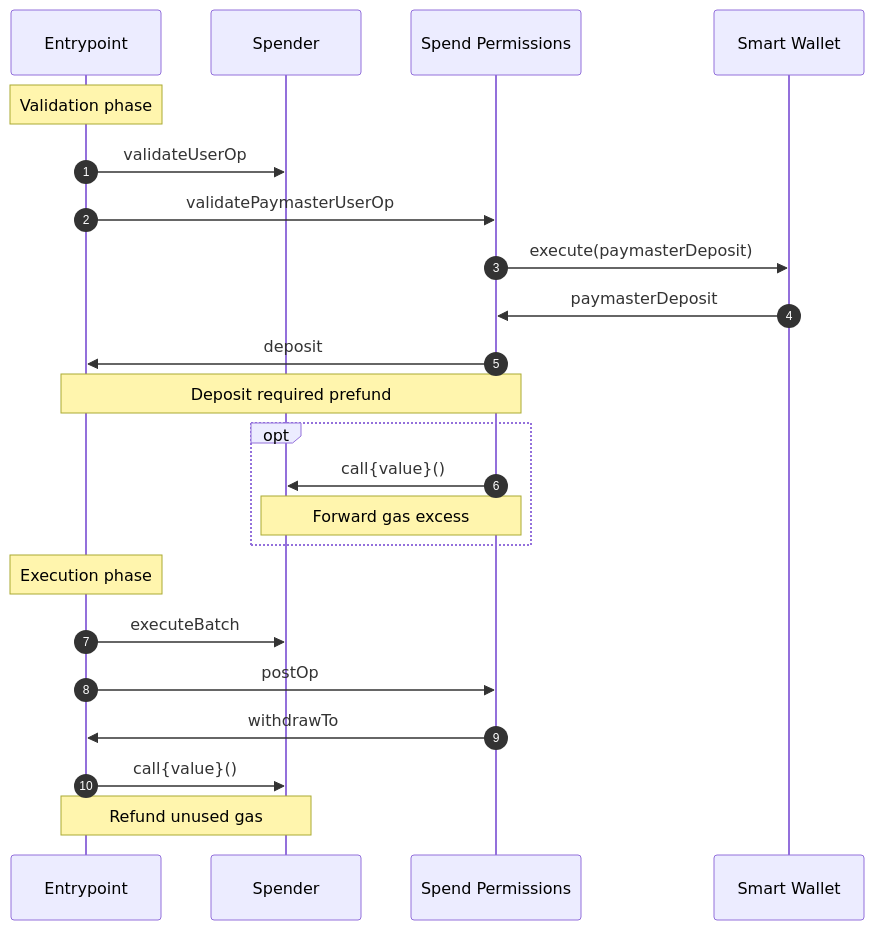
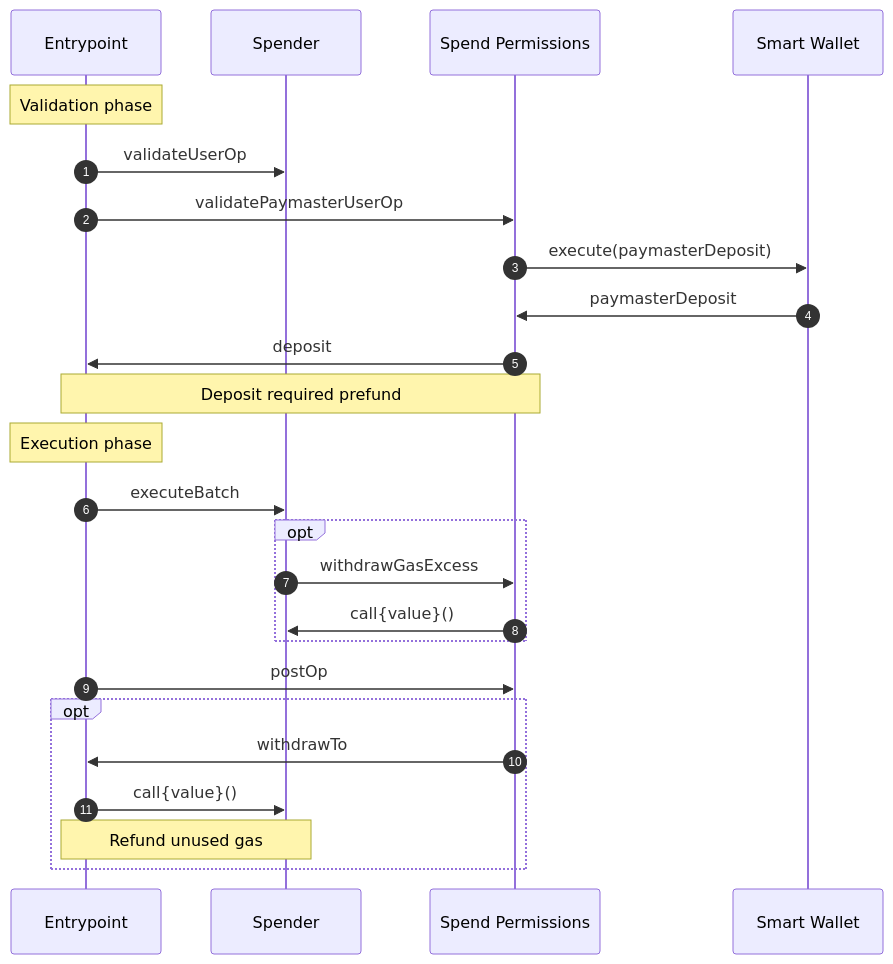
One commit to coinbase/smart-wallet-permissions changed the diagram in docs/diagrams/onchain/paymaster.md. Above: the diagram before and after it, drawn with Mermaid.

Commit message:
Update paymaster diagram

````diff
--- a/docs/diagrams/onchain/paymaster.md
+++ b/docs/diagrams/onchain/paymaster.md
@@ -5,26 +5,28 @@
 ```mermaid
 sequenceDiagram
     autonumber
     participant E as Entrypoint
     participant S as Spender
     participant SP as Spend Permissions
     participant U as Smart Wallet
 
     Note over E: Validation phase
     E->>S: validateUserOp
     E->>SP: validatePaymasterUserOp
     SP->>U: execute(paymasterDeposit)
     U->>SP: paymasterDeposit
     SP->>E: deposit
     Note over SP,E: Deposit required prefund
-    opt
-        SP->>S: call{value}()
-        Note over SP,S: Forward gas excess
-    end
     Note over E: Execution phase
     E->>S: executeBatch
+    opt
+        S->>SP: withdrawGasExcess
+        SP->>S: call{value}()
+    end
     E->>SP: postOp
-    SP->>E: withdrawTo
-    E->>S: call{value}()
-    Note over E,S: Refund unused gas
+    opt
+        SP->>E: withdrawTo
+        E->>S: call{value}()
+        Note over E,S: Refund unused gas
+    end
 ```
````
